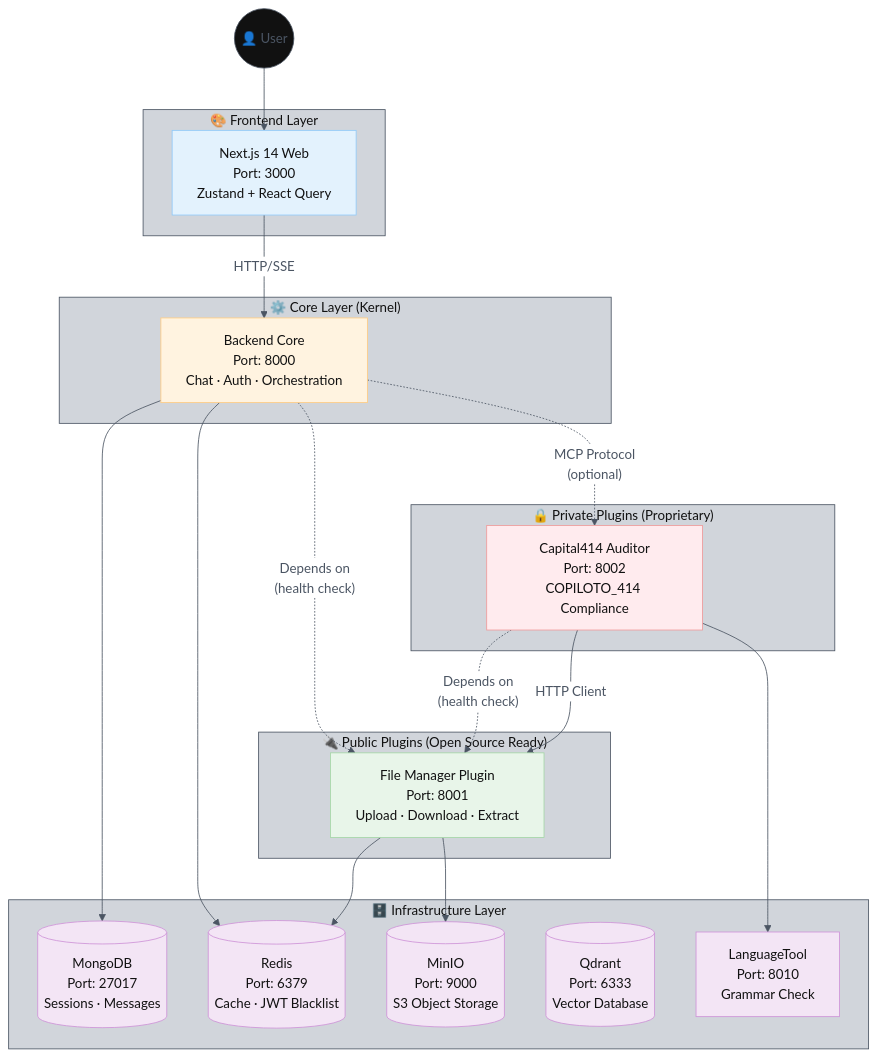
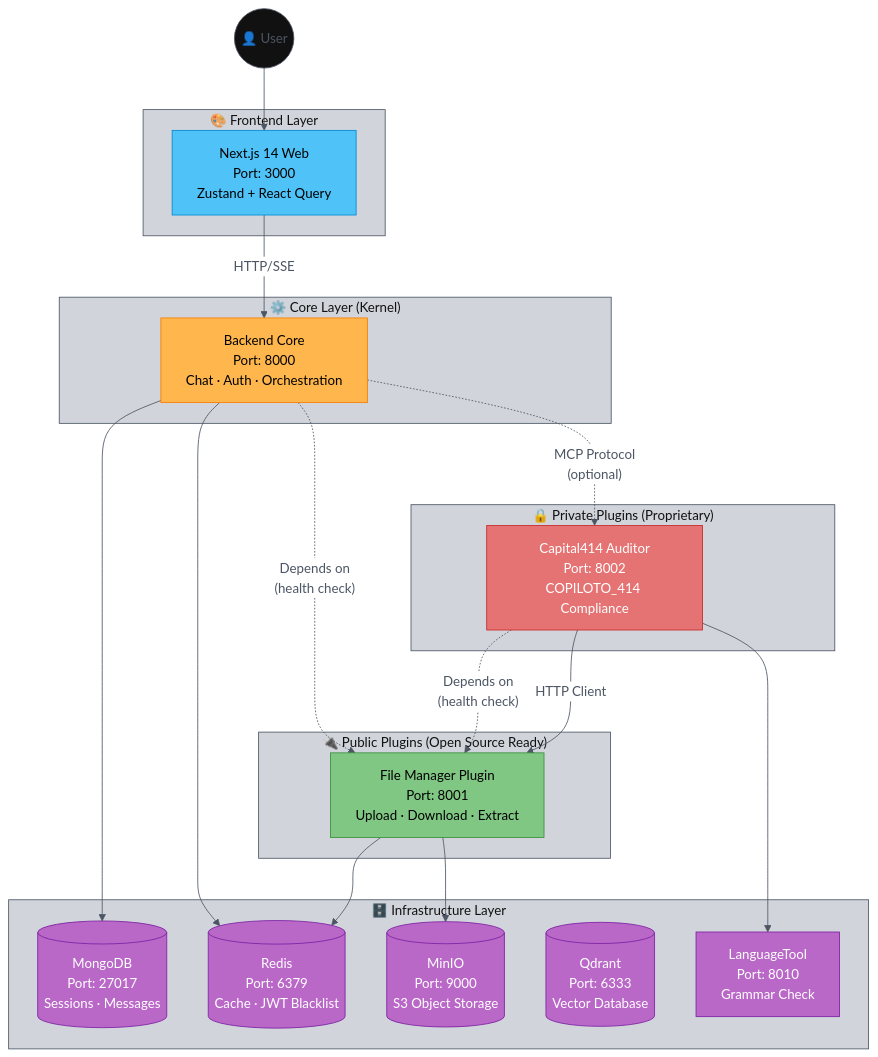
One commit to saptiva-ai/octavios-chat changed the first of 11 diagrams in README.md. Above: the diagram before and after it, drawn with Mermaid. The commit also changed other lines of this file, not shown here.

First line of the commit message:
docs: improve Mermaid diagram colors for better visibility

````diff
--- a/README.md
+++ b/README.md
@@ -88,60 +88,60 @@
 ```mermaid
 %%{init: {'theme': 'base', 'themeVariables': {'primaryColor': '#111111','primaryBorderColor': '#4b5563','primaryTextColor': '#4b5563','lineColor': '#4b5563','secondaryColor': '#ffffff','secondaryBorderColor': '#4b5563','secondaryTextColor': '#111111','tertiaryColor': '#d1d5db','tertiaryBorderColor': '#4b5563','tertiaryTextColor': '#111111'}}}%%
 flowchart TB
     subgraph Frontend["🎨 Frontend Layer"]
         web["Next.js 14 Web<br/>Port: 3000<br/>Zustand + React Query"]:::frontend
     end
 
     subgraph Core["⚙️ Core Layer (Kernel)"]
         backend["Backend Core<br/>Port: 8000<br/>Chat · Auth · Orchestration"]:::core
     end
 
     subgraph PublicPlugins["🔌 Public Plugins (Open Source Ready)"]
         filemanager["File Manager Plugin<br/>Port: 8001<br/>Upload · Download · Extract"]:::plugin_public
     end
 
     subgraph PrivatePlugins["🔒 Private Plugins (Proprietary)"]
         capital414["Capital414 Auditor<br/>Port: 8002<br/>COPILOTO_414 Compliance"]:::plugin_private
     end
 
     subgraph Infrastructure["🗄️ Infrastructure Layer"]
         mongo[("MongoDB<br/>Port: 27017<br/>Sessions · Messages")]:::infra
         redis[("Redis<br/>Port: 6379<br/>Cache · JWT Blacklist")]:::infra
         minio[("MinIO<br/>Port: 9000<br/>S3 Object Storage")]:::infra
         qdrant[("Qdrant<br/>Port: 6333<br/>Vector Database")]:::infra
         languagetool["LanguageTool<br/>Port: 8010<br/>Grammar Check"]:::infra
     end
 
     %% User to Frontend
     user((👤 User)) --> web
 
     %% Frontend to Core
     web -->|"HTTP/SSE"| backend
 
     %% Core depends on Public Plugins
     backend -.->|"Depends on<br/>(health check)"| filemanager
 
     %% Private Plugins depend on Public Plugins
     capital414 -.->|"Depends on<br/>(health check)"| filemanager
 
     %% Backend to Infrastructure
     backend --> mongo
     backend --> redis
 
     %% File Manager to Infrastructure
     filemanager --> minio
     filemanager --> redis
 
     %% Capital414 to Infrastructure
     capital414 --> languagetool
     capital414 -->|"HTTP Client"| filemanager
 
     %% Core to Private Plugins (optional MCP integration)
     backend -.->|"MCP Protocol<br/>(optional)"| capital414
 
-    classDef frontend fill:#e3f2fd,stroke:#90caf9,color:#111111
-    classDef core fill:#fff3e0,stroke:#ffcc80,color:#111111
-    classDef plugin_public fill:#e8f5e9,stroke:#a5d6a7,color:#111111
-    classDef plugin_private fill:#ffebee,stroke:#ef9a9a,color:#111111
-    classDef infra fill:#f3e5f5,stroke:#ce93d8,color:#111111
+    classDef frontend fill:#4fc3f7,stroke:#0288d1,color:#000000
+    classDef core fill:#ffb74d,stroke:#f57c00,color:#000000
+    classDef plugin_public fill:#81c784,stroke:#388e3c,color:#000000
+    classDef plugin_private fill:#e57373,stroke:#c62828,color:#ffffff
+    classDef infra fill:#ba68c8,stroke:#7b1fa2,color:#ffffff
 ```
````
